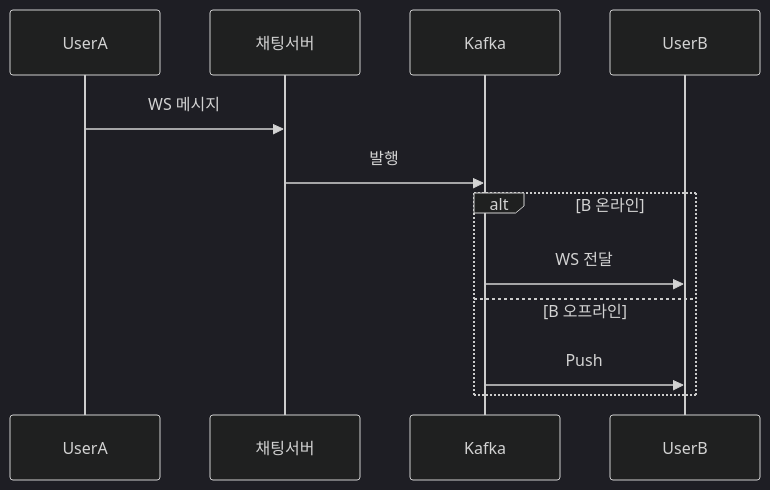
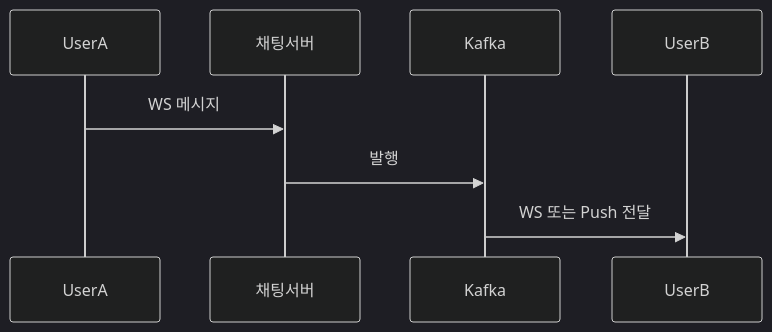
One commit to yjkim2015/yjkim2015.github.io changed the third of 9 diagrams in _posts/systemdesign/2026-05-02-system-design-chat.md. Above: the diagram before and after it, drawn with Mermaid (dark theme). The commit also changed other lines of this file and 155 other files, not shown here.

First line of the commit message:
Mermaid 전면 수정: subgraph 제거, participant/노드/줄수 축소 (342블록)

````diff
--- a/_posts/systemdesign/2026-05-02-system-design-chat.md
+++ b/_posts/systemdesign/2026-05-02-system-design-chat.md
@@ -135,14 +131,10 @@
 ```mermaid
 sequenceDiagram
     participant A as UserA
     participant S as 채팅서버
     participant K as Kafka
     participant B as UserB
     A->>S: WS 메시지
     S->>K: 발행
-    alt B 온라인
-        K->>B: WS 전달
-    else B 오프라인
-        K->>B: Push
-    end
+    K->>B: WS 또는 Push 전달
 ```
````
